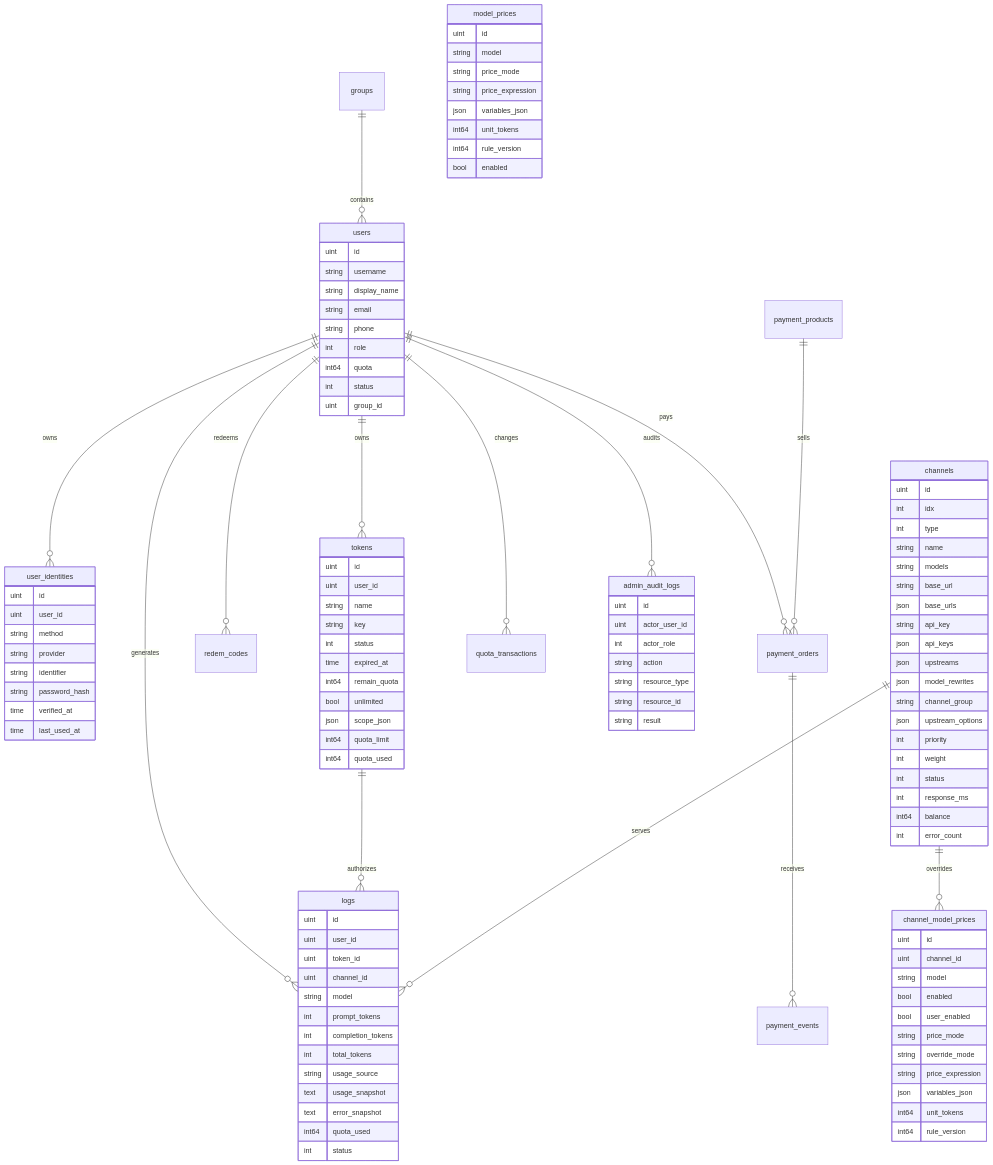
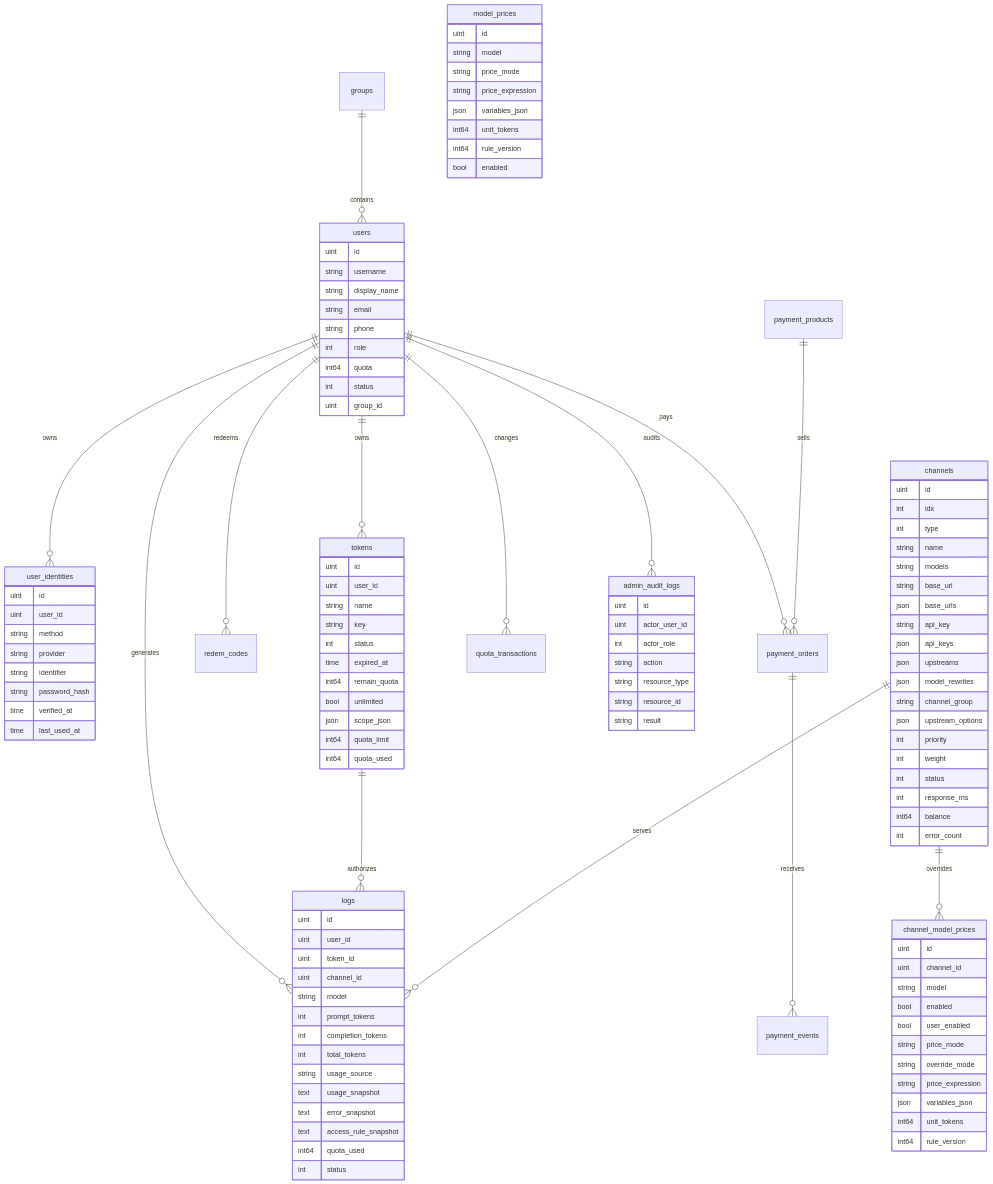
One commit to jellyfish-p/RouterX changed the diagram in docs/DATA_MODEL.md. Above: the diagram before and after it, drawn with Mermaid. The commit also changed other lines of this file and 12 other files, not shown here.

Commit message:
feat: add access rule snapshots to logs

```diff
--- a/docs/DATA_MODEL.md
+++ b/docs/DATA_MODEL.md
@@ -103,6 +103,7 @@
         string usage_source
         text usage_snapshot
         text error_snapshot
+        text access_rule_snapshot
         int64 quota_used
         int status
     }
```
